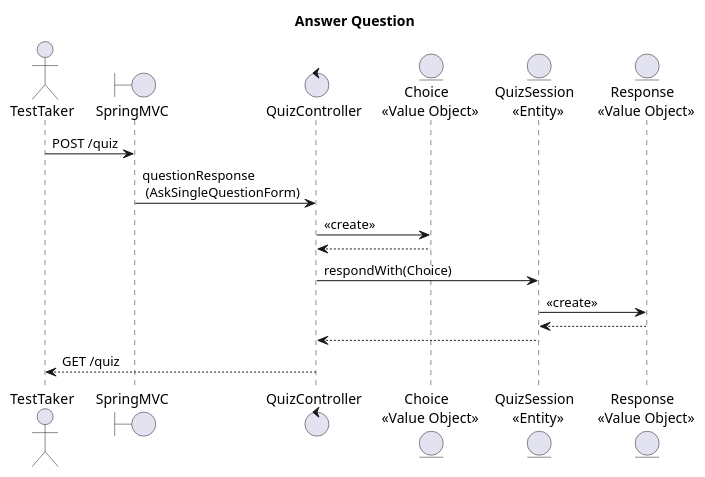
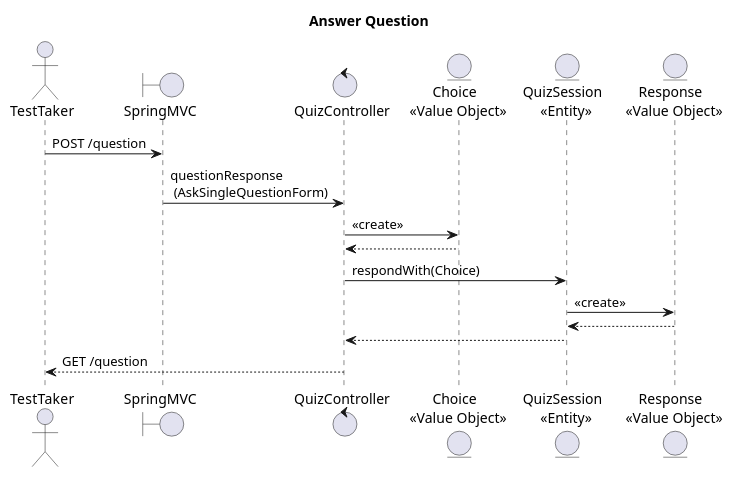
Before and after one commit to TomSpencerLondon/Quiz: the diagram in src/main/resources/diagrams/answerQuestion-sequenceDiagram.puml, drawn with PlantUML. The commit also changed 19 other files, not shown here.

Commit message:
Rename /quiz to /question for submitting question

```diff
--- a/src/main/resources/diagrams/answerQuestion-sequenceDiagram.puml
+++ b/src/main/resources/diagrams/answerQuestion-sequenceDiagram.puml
@@ -1,20 +1,20 @@
 @startuml
 title Answer Question
 
 actor       TestTaker as taker
 boundary    SpringMVC   as mvc
 control     QuizController  as ctrl
 entity "Choice \n <<Value Object>>" as choice
 entity "QuizSession \n <<Entity>>" as session
 entity "Response \n <<Value Object>>" as response
 
-taker -> mvc : POST /quiz
+taker -> mvc : POST /question
 mvc -> ctrl : questionResponse \n (AskSingleQuestionForm)
 ctrl -> choice : <<create>>
 ctrl <-- choice
 ctrl -> session : respondWith(Choice)
 session -> response : <<create>>
 session <-- response
 ctrl <-- session
-taker <-- ctrl : GET /quiz
+taker <-- ctrl : GET /question
 @enduml
```
